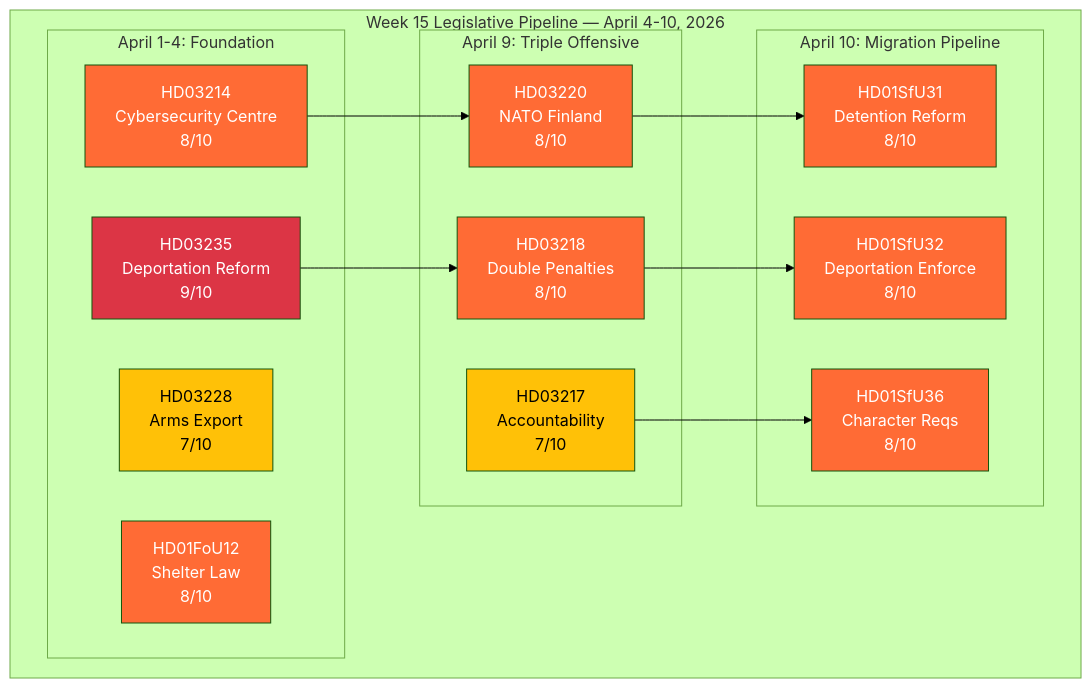
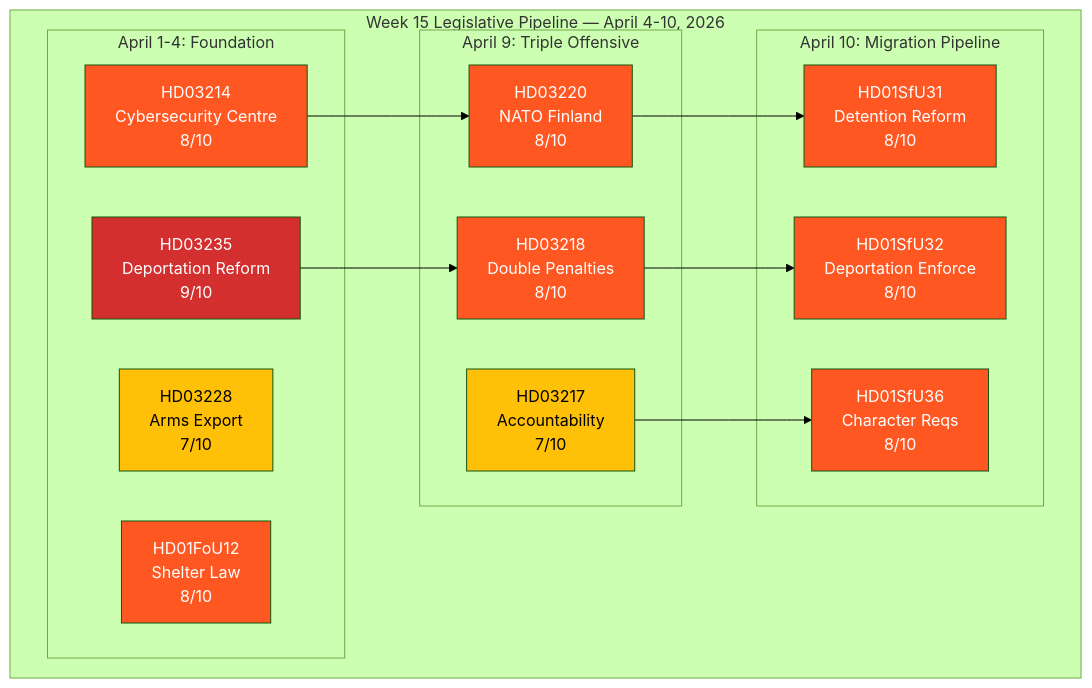
One commit to Hack23/riksdagsmonitor changed the second of 2 diagrams in analysis/daily/2026-04-11/evening-analysis/synthesis-summary.md. Above: the diagram before and after it, drawn with Mermaid (forest theme). The commit also changed other lines of this file and 785 other files, not shown here.

First line of the commit message:
Normalize mermaid colors across 786 analysis artifacts to ISMS Style Guide palette

````diff
--- a/analysis/daily/2026-04-11/evening-analysis/synthesis-summary.md
+++ b/analysis/daily/2026-04-11/evening-analysis/synthesis-summary.md
@@ -51,37 +51,37 @@
 ```mermaid
 graph LR
     subgraph "Week 15 Legislative Pipeline — April 4-10, 2026"
         direction LR
         subgraph "April 1-4: Foundation"
             A1["HD03235<br/>Deportation Reform<br/>9/10"]
             A2["HD03214<br/>Cybersecurity Centre<br/>8/10"]
             A3["HD03228<br/>Arms Export<br/>7/10"]
             A4["HD01FoU12<br/>Shelter Law<br/>8/10"]
         end
         subgraph "April 9: Triple Offensive"
             B1["HD03220<br/>NATO Finland<br/>8/10"]
             B2["HD03218<br/>Double Penalties<br/>8/10"]
             B3["HD03217<br/>Accountability<br/>7/10"]
         end
         subgraph "April 10: Migration Pipeline"
             C1["HD01SfU31<br/>Detention Reform<br/>8/10"]
             C2["HD01SfU32<br/>Deportation Enforce<br/>8/10"]
             C3["HD01SfU36<br/>Character Reqs<br/>8/10"]
         end
         A1 --> B2
         A2 --> B1
         B1 --> C1
         B2 --> C2
         B3 --> C3
     end
-    style A1 fill:#dc3545,color:#fff
-    style A2 fill:#ff6b35,color:#fff
-    style A3 fill:#ffc107,color:#000
-    style A4 fill:#ff6b35,color:#fff
-    style B1 fill:#ff6b35,color:#fff
-    style B2 fill:#ff6b35,color:#fff
-    style B3 fill:#ffc107,color:#000
-    style C1 fill:#ff6b35,color:#fff
-    style C2 fill:#ff6b35,color:#fff
-    style C3 fill:#ff6b35,color:#fff
+    style A1 fill:#D32F2F,color:#FFFFFF
+    style A2 fill:#FF5722,color:#FFFFFF
+    style A3 fill:#FFC107,color:#000000
+    style A4 fill:#FF5722,color:#FFFFFF
+    style B1 fill:#FF5722,color:#FFFFFF
+    style B2 fill:#FF5722,color:#FFFFFF
+    style B3 fill:#FFC107,color:#000000
+    style C1 fill:#FF5722,color:#FFFFFF
+    style C2 fill:#FF5722,color:#FFFFFF
+    style C3 fill:#FF5722,color:#FFFFFF
 ```
````
